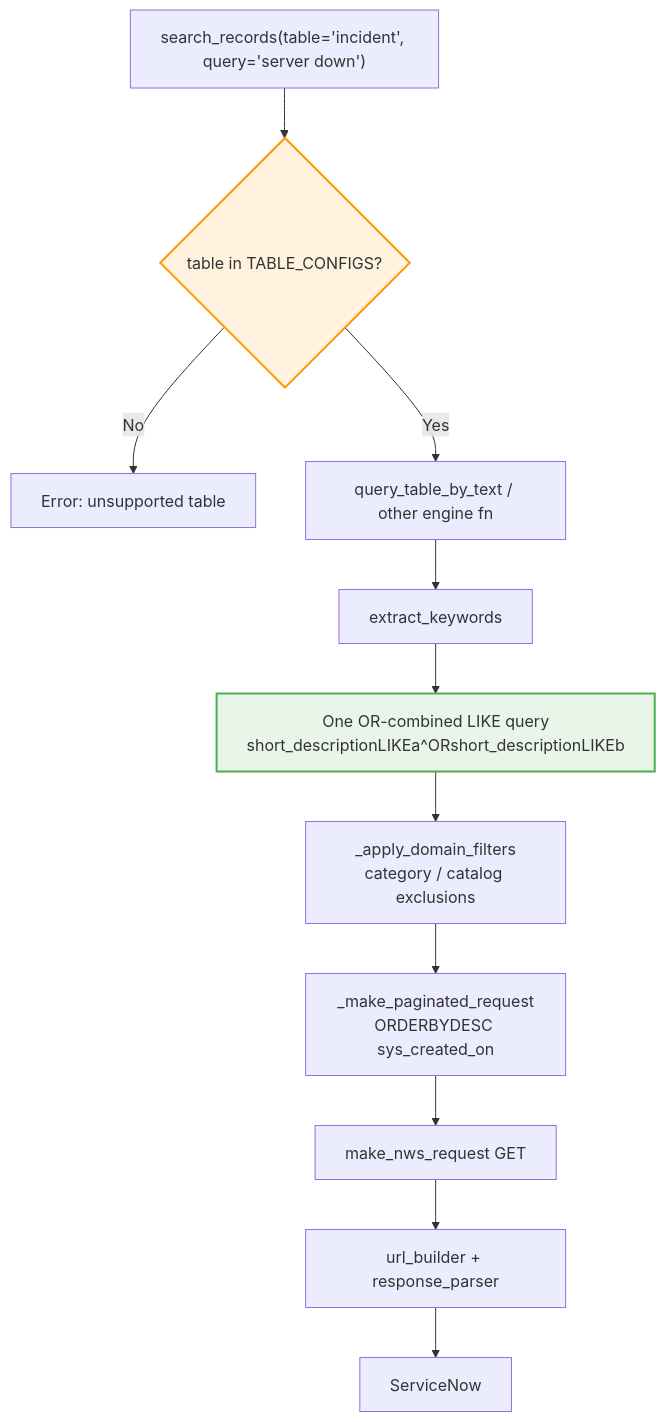
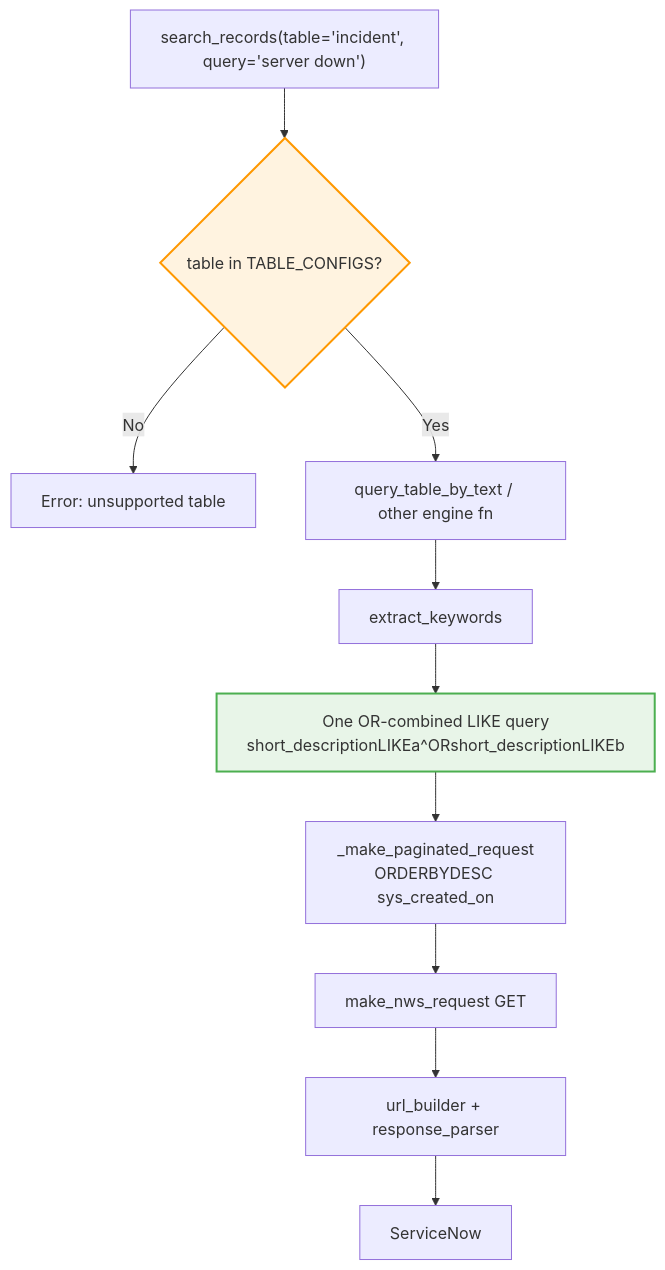
The third of 3 diagrams in Diagrams & Documentation/03-tool-organization.md (Papamzor/personal-mcp-servicenow), drawn with Mermaid before and after one commit. The commit also changed 5 other files, not shown here.

````diff
--- a/Diagrams & Documentation/03-tool-organization.md
+++ b/Diagrams & Documentation/03-tool-organization.md
@@ -87,18 +87,17 @@
 ```mermaid
 graph TB
     CALL["search_records(table='incident', query='server down')"]
     CALL --> VAL{table in TABLE_CONFIGS?}
     VAL -->|No| ERR[Error: unsupported table]
     VAL -->|Yes| DELEGATE[query_table_by_text / other engine fn]
 
     DELEGATE --> KW[extract_keywords]
     KW --> ORQ["One OR-combined LIKE query<br/>short_descriptionLIKEa^ORshort_descriptionLIKEb"]
-    ORQ --> DOM[_apply_domain_filters<br/>category / catalog exclusions]
-    DOM --> PAG[_make_paginated_request<br/>ORDERBYDESC sys_created_on]
+    ORQ --> PAG[_make_paginated_request<br/>ORDERBYDESC sys_created_on]
     PAG --> REQ[make_nws_request GET]
     REQ --> URL[url_builder + response_parser]
     URL --> SN[ServiceNow]
 
     style VAL fill:#fff3e0,stroke:#ff9800,stroke-width:2px
     style ORQ fill:#e8f5e8,stroke:#4caf50,stroke-width:2px
 ```
````
